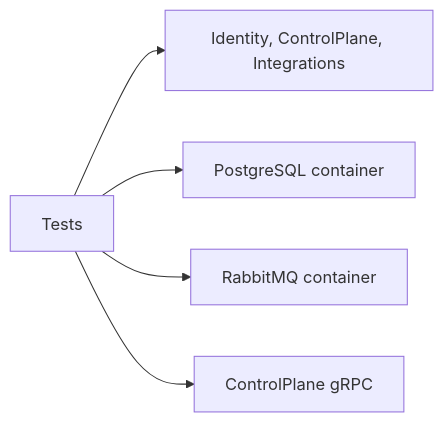
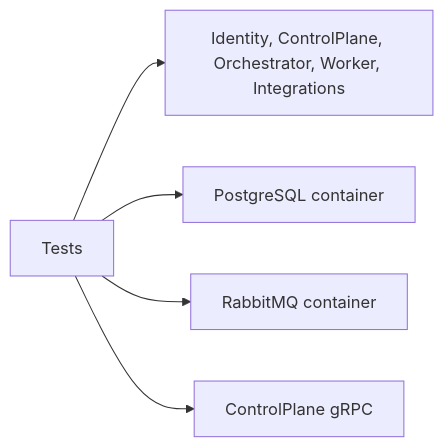
The diagram in tests/Integration/AiControlCenter.Services.IntegrationTests/README.md (SqeeZarion/AiControlCenter), drawn with Mermaid before and after one commit. The commit also changed other lines of this file and 133 other files, not shown here.

````diff
--- a/tests/Integration/AiControlCenter.Services.IntegrationTests/README.md
+++ b/tests/Integration/AiControlCenter.Services.IntegrationTests/README.md
@@ -5,7 +5,7 @@
 ```mermaid
 flowchart LR
-    Tests --> Hosts["Identity, ControlPlane, Integrations"]
+    Tests --> Hosts["Identity, ControlPlane, Orchestrator, Worker, Integrations"]
     Tests --> PostgreSQL["PostgreSQL container"]
     Tests --> RabbitMQ["RabbitMQ container"]
     Tests --> Grpc["ControlPlane gRPC"]
 ```
````
